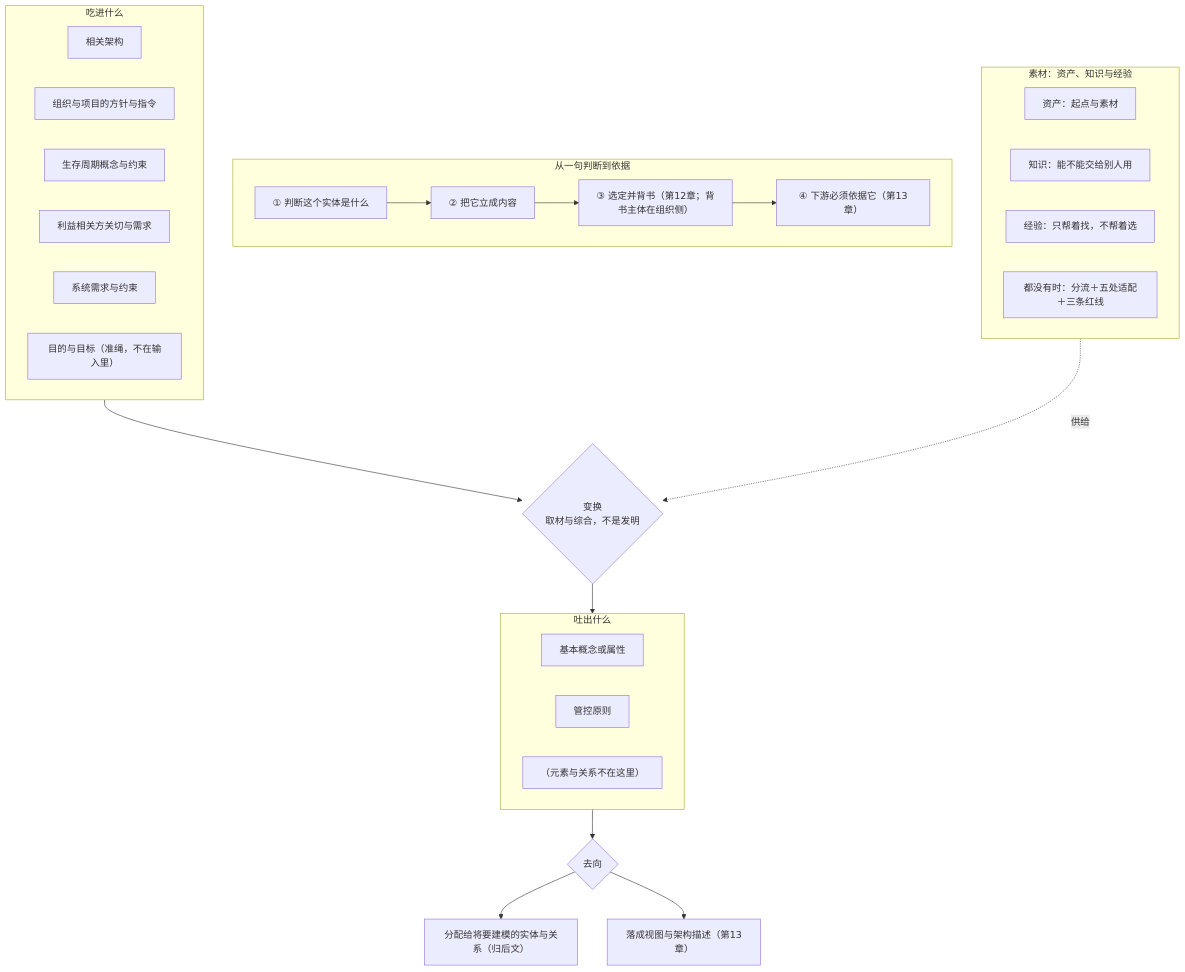
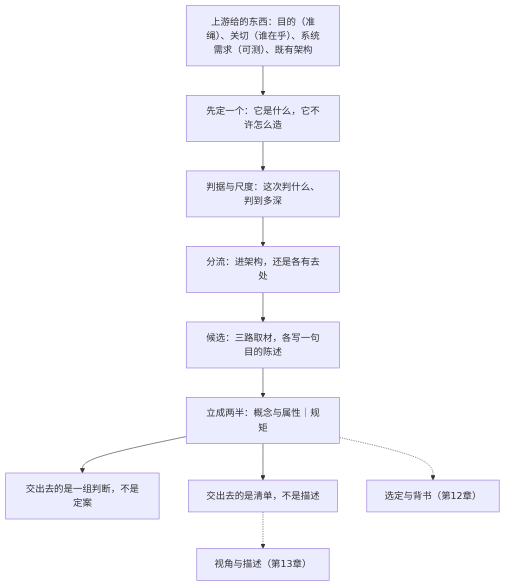
One commit to Yongjunzhou/business-Engineering changed the diagram in 10-系统工程研究/03-架构师是个怎样的物种/成书/build/.mmd/ch11-fig01.mmd. Above: the diagram before and after it, drawn with Mermaid. The commit also changed 102 other files, not shown here.

```diff
--- a/10-系统工程研究/03-架构师是个怎样的物种/成书/build/.mmd/ch11-fig01.mmd
+++ b/10-系统工程研究/03-架构师是个怎样的物种/成书/build/.mmd/ch11-fig01.mmd
@@ -1,29 +1,10 @@
 flowchart TB
-    subgraph IN["吃进什么"]
-        I1["相关架构"]
-        I2["组织与项目的方针与指令"]
-        I3["生存周期概念与约束"]
-        I4["利益相关方关切与需求"]
-        I5["系统需求与约束"]
-        IG["目的与目标（准绳，不在输入里）"]
-    end
-    IN --> F{"变换<br/>取材与综合，不是发明"}
-    F --> OUT
-    subgraph OUT["吐出什么"]
-        O1["基本概念或属性"]
-        O2["管控原则"]
-        O3["（元素与关系不在这里）"]
-    end
-    OUT --> GO{"去向"}
-    GO --> G1["分配给将要建模的实体与关系（归后文）"]
-    GO --> G2["落成视图与架构描述（第13章）"]
-    subgraph SPINE["从一句判断到依据"]
-        S1["① 判断这个实体是什么"] --> S2["② 把它立成内容"] --> S3["③ 选定并背书（第12章；背书主体在组织侧）"] --> S4["④ 下游必须依据它（第13章）"]
-    end
-    subgraph SUP["素材：资产、知识与经验"]
-        P1["资产：起点与素材"]
-        P2["知识：能不能交给别人用"]
-        P3["经验：只帮着找，不帮着选"]
-        P4["都没有时：分流＋五处适配＋三条红线"]
-    end
-    SUP -.供给.-> F
+    I["上游给的东西：目的（准绳）、关切（谁在乎）、系统需求（可测）、既有架构"] --> J["先定一个：它是什么，它不许怎么造"]
+    J --> P["判据与尺度：这次判什么、判到多深"]
+    P --> S["分流：进架构，还是各有去处"]
+    S --> C["候选：三路取材，各写一句目的陈述"]
+    C --> K["立成两半：概念与属性｜规矩"]
+    K --> O1["交出去的是一组判断，不是定案"]
+    K --> O2["交出去的是清单，不是描述"]
+    K -.-> G1["选定与背书（第12章）"]
+    O2 -.-> G2["视角与描述（第13章）"]
```
